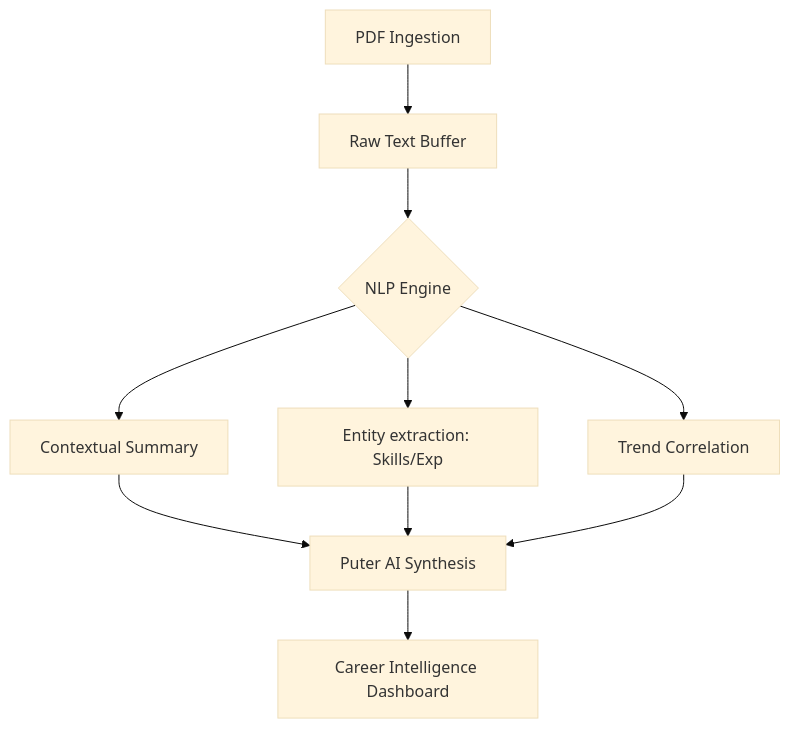
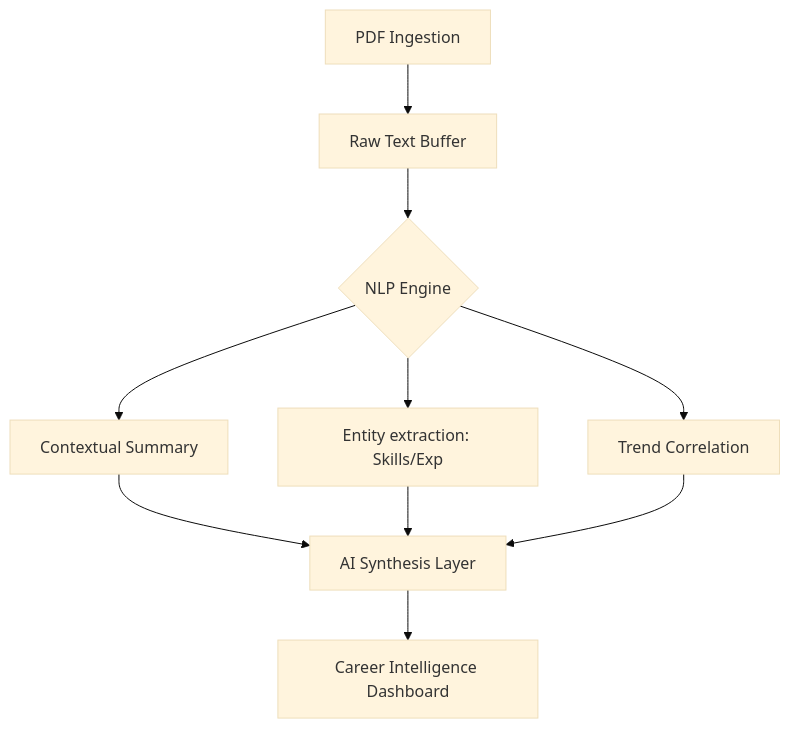
Before and after one commit to SubashSK777/SkillMatch-AI_Resume_Analyzer: the diagram in README.md, drawn with Mermaid (base theme). The commit also changed other lines of this file and 2 other files, not shown here.

````diff
--- a/README.md
+++ b/README.md
@@ -51,10 +62,10 @@
 ```mermaid
 graph TD
     A[PDF Ingestion] --> B[Raw Text Buffer]
     B --> C{NLP Engine}
     C --> D[Contextual Summary]
     C --> E[Entity extraction: Skills/Exp]
     C --> F[Trend Correlation]
-    D & E & F --> G[Puter AI Synthesis]
+    D & E & F --> G[AI Synthesis Layer]
     G --> H[Career Intelligence Dashboard]
 ```
````
